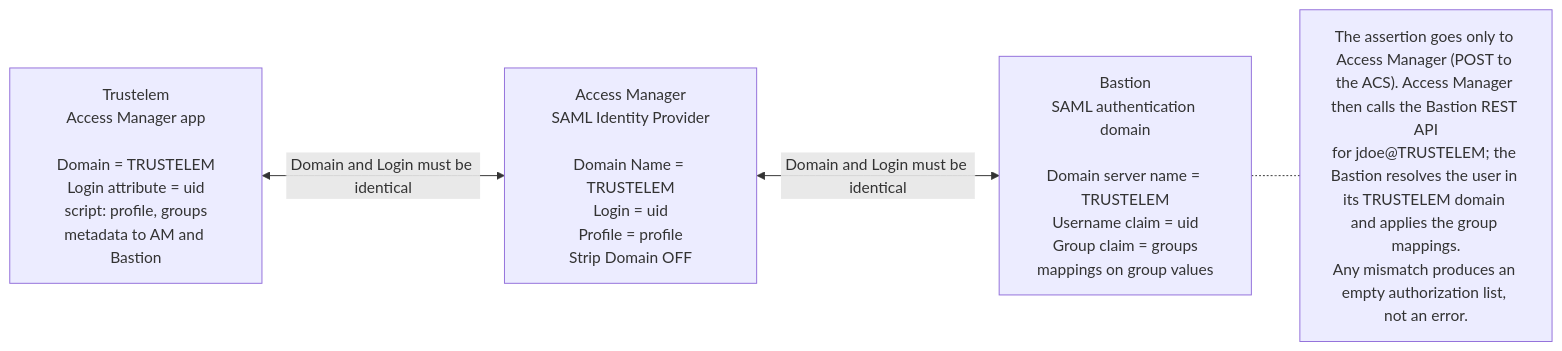
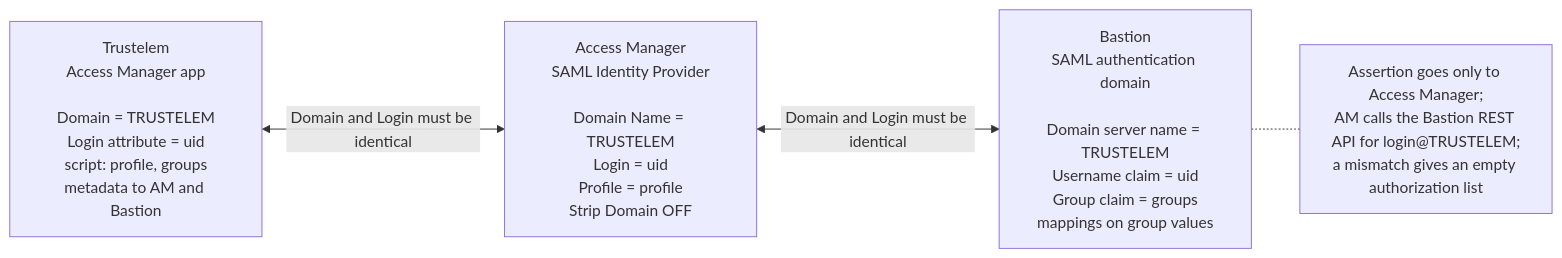
Before and after one commit to morandeirachema/Trustelem-: the diagram in docs/reference/saml-assertion-and-naming.md, drawn with Mermaid. The commit also changed 8 other files, not shown here.

Commit message:
Shorten Mermaid labels to stop boxes overlapping text

````diff
--- a/docs/reference/saml-assertion-and-naming.md
+++ b/docs/reference/saml-assertion-and-naming.md
@@ -14,10 +14,10 @@
 ```mermaid
 flowchart LR
     T["Trustelem<br/>Access Manager app<br/><br/>Domain = TRUSTELEM<br/>Login attribute = uid<br/>script: profile, groups<br/>metadata to AM and Bastion"]
     AM["Access Manager<br/>SAML Identity Provider<br/><br/>Domain Name = TRUSTELEM<br/>Login = uid<br/>Profile = profile<br/>Strip Domain OFF"]
     B["Bastion<br/>SAML authentication domain<br/><br/>Domain server name = TRUSTELEM<br/>Username claim = uid<br/>Group claim = groups<br/>mappings on group values"]
     T <-->|Domain and Login must be identical| AM
     AM <-->|Domain and Login must be identical| B
-    NOTE["The assertion goes only to Access Manager (POST to the ACS). Access Manager then calls the Bastion REST API<br/>for jdoe@TRUSTELEM; the Bastion resolves the user in its TRUSTELEM domain and applies the group mappings.<br/>Any mismatch produces an empty authorization list, not an error."]
+    NOTE["Assertion goes only to Access Manager;<br/>AM calls the Bastion REST API for login@TRUSTELEM;<br/>a mismatch gives an empty authorization list"]
     B -.- NOTE
 ```
````
